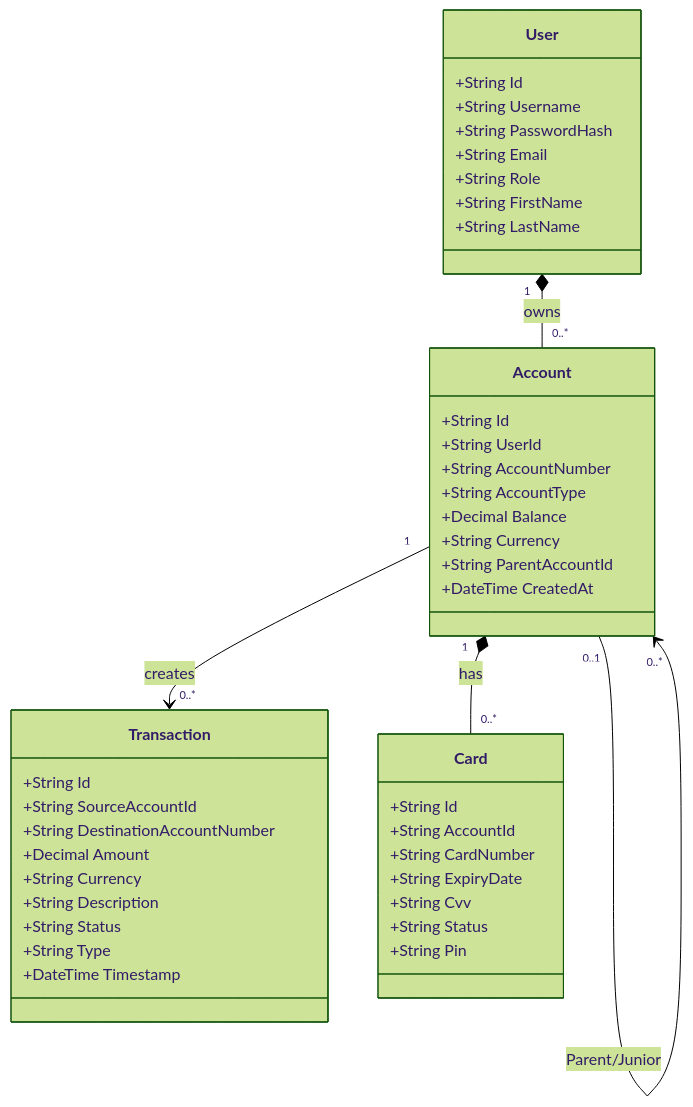
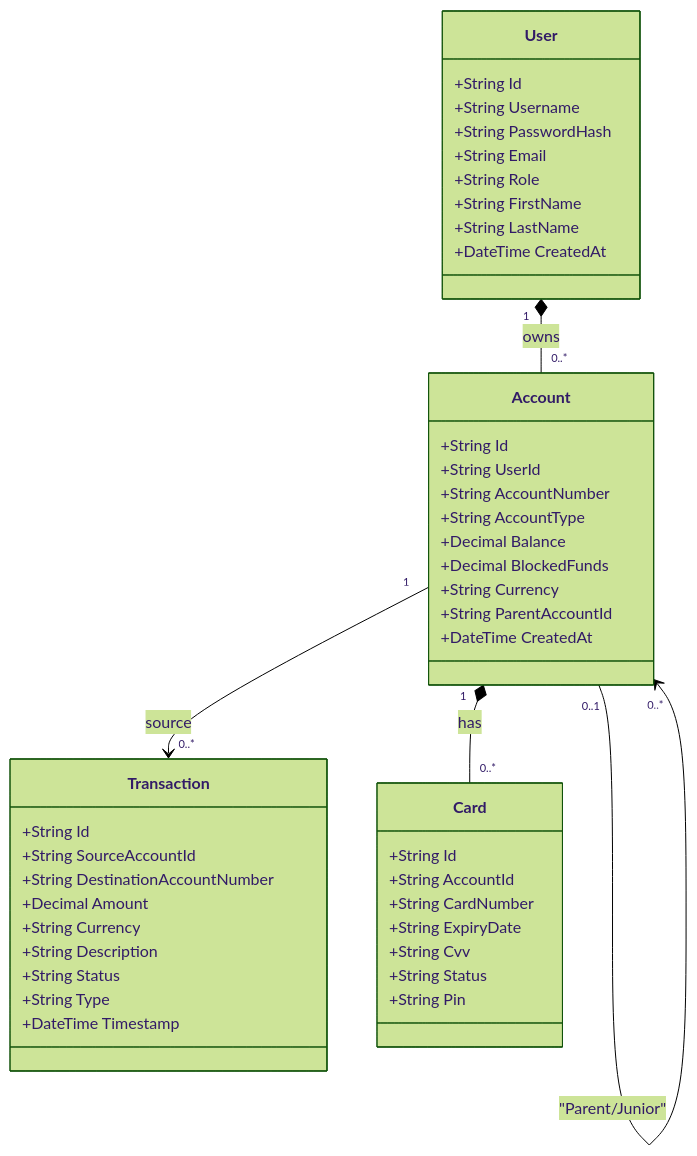
The first of 2 diagrams in README.md (xmemxa/bank-amerykanski), drawn with Mermaid (forest theme) before and after one commit. The commit also changed other lines of this file, not shown here.

````diff
--- a/README.md
+++ b/README.md
@@ -54,52 +66,54 @@
 ```mermaid
 classDiagram
     direction TB
 
     class User {
         +String Id
         +String Username
         +String PasswordHash
         +String Email
         +String Role
         +String FirstName
         +String LastName
+        +DateTime CreatedAt
     }
 
     class Account {
         +String Id
         +String UserId
         +String AccountNumber
         +String AccountType
         +Decimal Balance
+        +Decimal BlockedFunds
         +String Currency
         +String ParentAccountId
         +DateTime CreatedAt
     }
 
     class Transaction {
         +String Id
         +String SourceAccountId
         +String DestinationAccountNumber
         +Decimal Amount
         +String Currency
         +String Description
         +String Status
         +String Type
         +DateTime Timestamp
     }
 
     class Card {
         +String Id
         +String AccountId
         +String CardNumber
         +String ExpiryDate
         +String Cvv
         +String Status
         +String Pin
     }
 
     User "1" *-- "0..*" Account : owns
-    Account "0..1" --> "0..*" Account : Parent/Junior
+    Account "0..1" --> "0..*" Account : "Parent/Junior"
     Account "1" *-- "0..*" Card : has
-    Account "1" --> "0..*" Transaction : creates
+    Account "1" --> "0..*" Transaction : source
 ```
````
